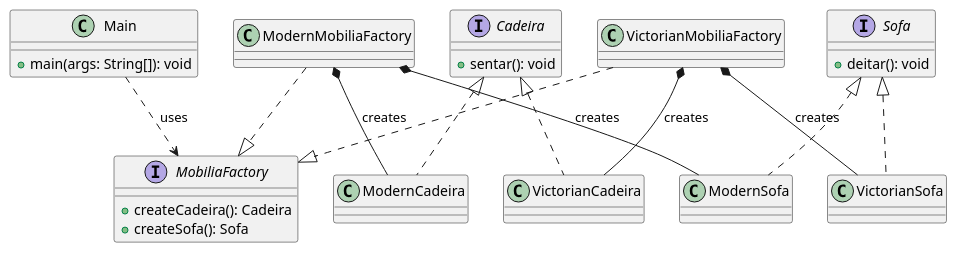
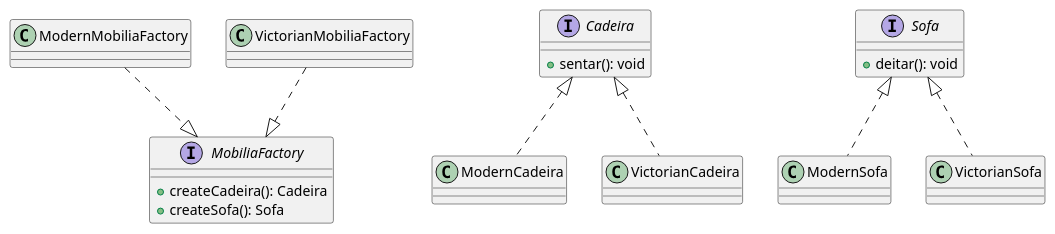
One commit to matheuslealpa/java-patterns-showcase changed the diagram in modules/abstract-factory/README.md. Above: the diagram before and after it, drawn with PlantUML.

Commit message:
docs: ajustes no README.md

````diff
--- a/modules/abstract-factory/README.md
+++ b/modules/abstract-factory/README.md
@@ -9,41 +9,31 @@
 ```plantuml
 @startuml
 
 interface MobiliaFactory {
   + createCadeira(): Cadeira
   + createSofa(): Sofa
 }
 
 interface Cadeira {
   + sentar(): void
 }
 interface Sofa {
   + deitar(): void
 }
 
 class ModernMobiliaFactory
 class VictorianMobiliaFactory
 ModernMobiliaFactory ..|> MobiliaFactory
 VictorianMobiliaFactory ..|> MobiliaFactory
 
 class ModernCadeira
 class VictorianCadeira
 class ModernSofa
 class VictorianSofa
 Cadeira <|.. ModernCadeira
 Cadeira <|.. VictorianCadeira
 Sofa <|.. ModernSofa
 Sofa <|.. VictorianSofa
 
-ModernMobiliaFactory *-- ModernCadeira : creates
-ModernMobiliaFactory *-- ModernSofa    : creates
-VictorianMobiliaFactory *-- VictorianCadeira : creates
-VictorianMobiliaFactory *-- VictorianSofa    : creates
-
-class Main {
-  + main(args: String[]): void
-}
-Main ..> MobiliaFactory : uses
-
 @enduml
 ```
````
